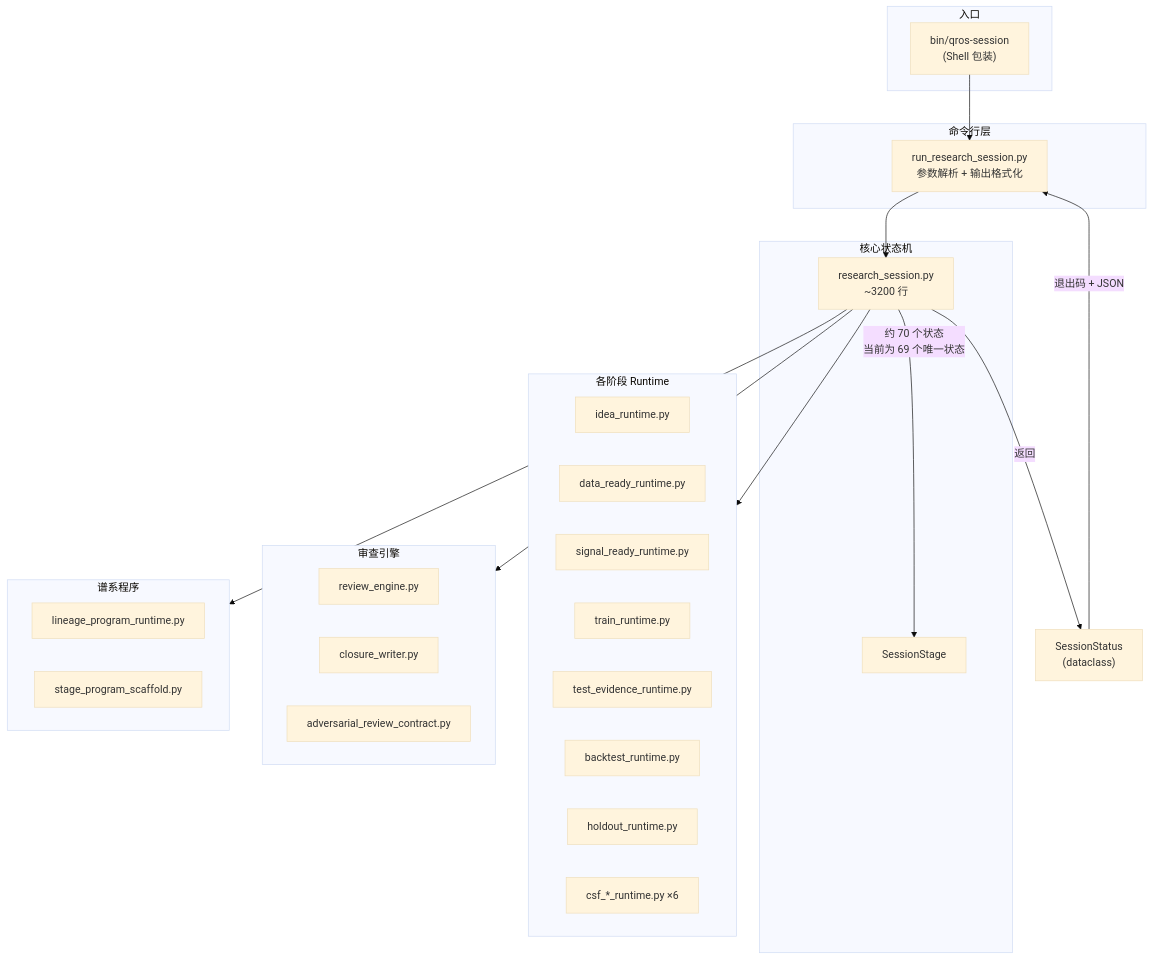
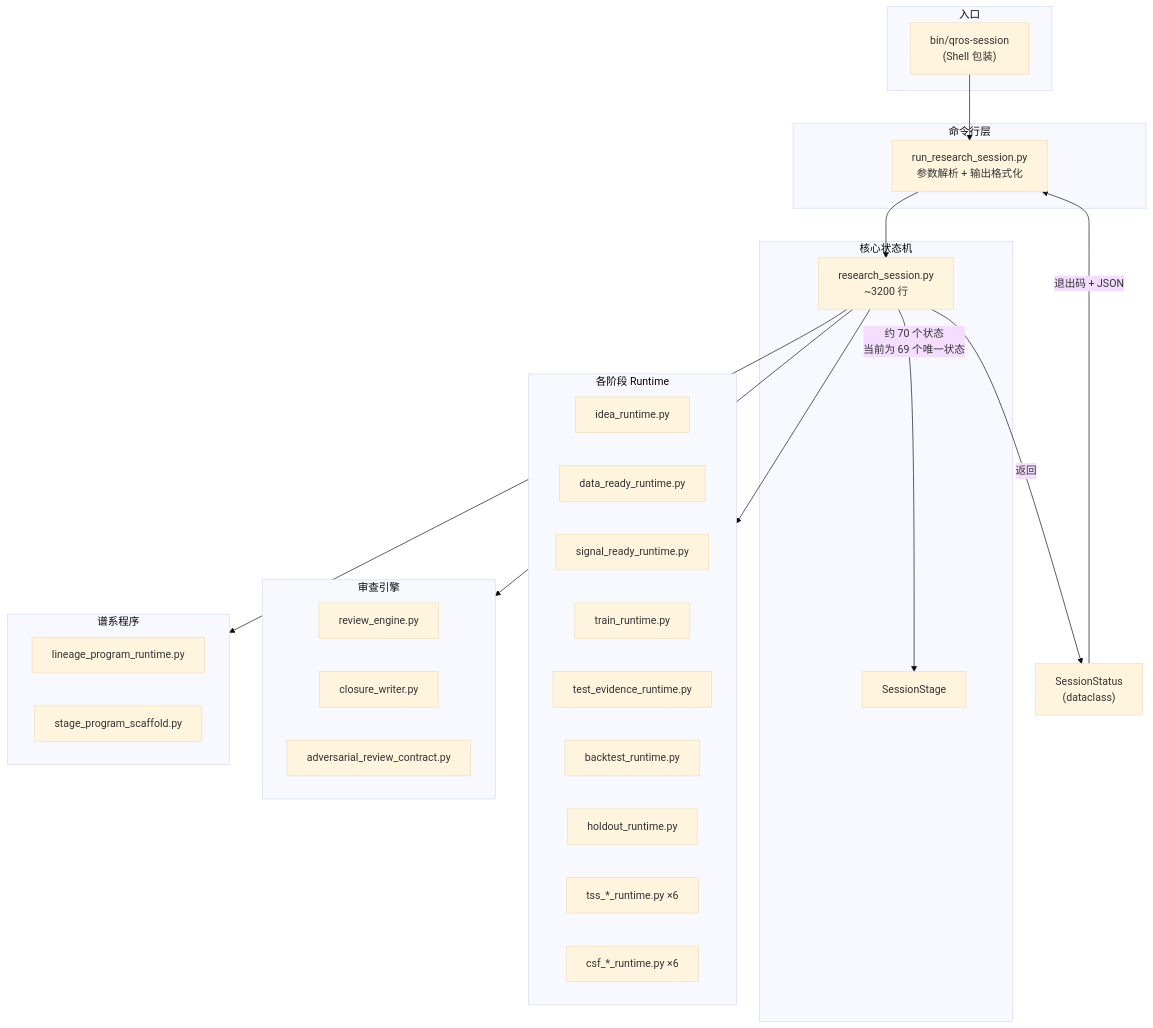
The third of 10 diagrams in docs/guides/how-qros-works.md (web3qt/quant-research-os), drawn with Mermaid (base theme) before and after one commit. The commit also changed other lines of this file and 38 other files, not shown here.

````diff
--- a/docs/guides/how-qros-works.md
+++ b/docs/guides/how-qros-works.md
@@ -89,46 +89,47 @@
 ```mermaid
 graph TB
     subgraph Entry["入口"]
         Shell["bin/qros-session<br/>(Shell 包装)"]
     end
 
     subgraph Scripts["命令行层"]
         RunSession["run_research_session.py<br/>参数解析 + 输出格式化"]
     end
 
     subgraph Core["核心状态机"]
         RS["research_session.py<br/>~3200 行"]
         RS -->|"约 70 个状态<br/>当前为 69 个唯一状态"| SessionStage["SessionStage"]
     end
 
     subgraph StageRuntimes["各阶段 Runtime"]
         Idea["idea_runtime.py"]
         Data["data_ready_runtime.py"]
         Signal["signal_ready_runtime.py"]
         Train["train_runtime.py"]
         Test["test_evidence_runtime.py"]
         BT["backtest_runtime.py"]
         Holdout["holdout_runtime.py"]
+        TSS["tss_*_runtime.py ×6"]
         CSF["csf_*_runtime.py ×6"]
     end
 
     subgraph Review["审查引擎"]
         RE["review_engine.py"]
         Closure["closure_writer.py"]
         Adv["adversarial_review_contract.py"]
     end
 
     subgraph Program["谱系程序"]
         LP["lineage_program_runtime.py"]
         Scaffold["stage_program_scaffold.py"]
     end
 
     Shell --> RunSession
     RunSession --> RS
     RS --> StageRuntimes
     RS --> Review
     RS --> Program
 
     RS -->|"返回"| Status["SessionStatus<br/>(dataclass)"]
     Status -->|"退出码 + JSON"| RunSession
 ```
````
